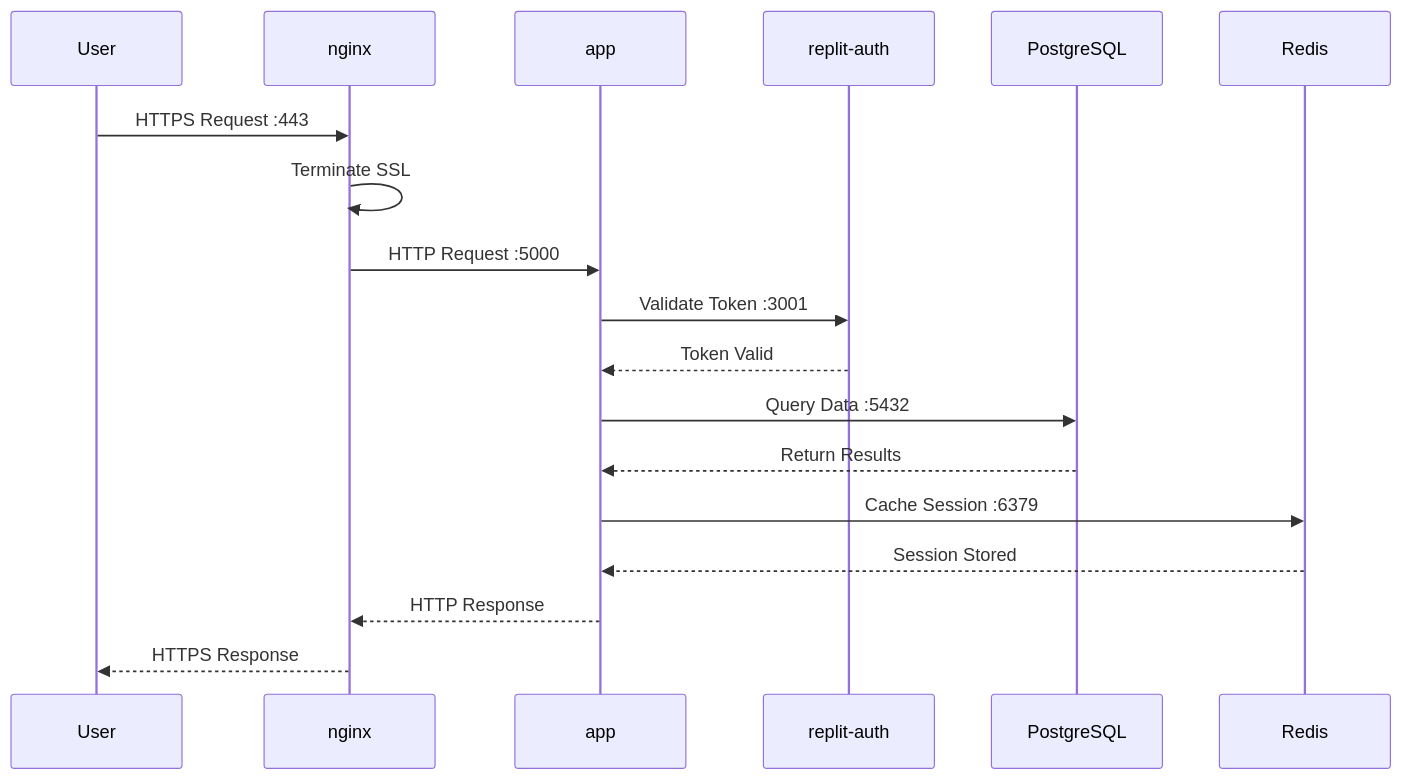
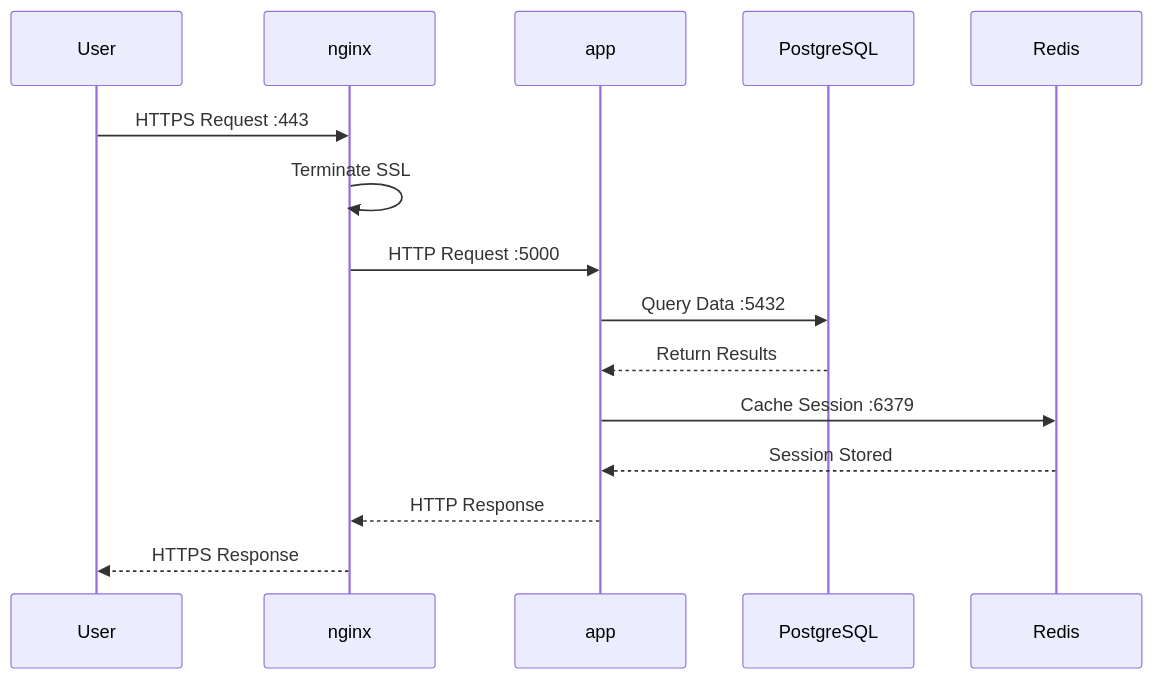
Before and after one commit to gerarduk/LUStores: the second of 2 diagrams in docs/operations/docker-architecture.rst, drawn with Mermaid. The commit also changed other lines of this file and 41 other files, not shown here.

First line of the commit message:
Remove unused replit-auth login service

```diff
--- a/docs/operations/docker-architecture.rst
+++ b/docs/operations/docker-architecture.rst
@@ -314,21 +290,18 @@
 .. mermaid::
 
    sequenceDiagram
        participant User
        participant nginx
        participant app
-       participant auth as replit-auth
        participant db as PostgreSQL
        participant redis as Redis
 
        User->>nginx: HTTPS Request :443
        nginx->>nginx: Terminate SSL
        nginx->>app: HTTP Request :5000
-       app->>auth: Validate Token :3001
-       auth-->>app: Token Valid
        app->>db: Query Data :5432
        db-->>app: Return Results
        app->>redis: Cache Session :6379
        redis-->>app: Session Stored
        app-->>nginx: HTTP Response
        nginx-->>User: HTTPS Response
```
